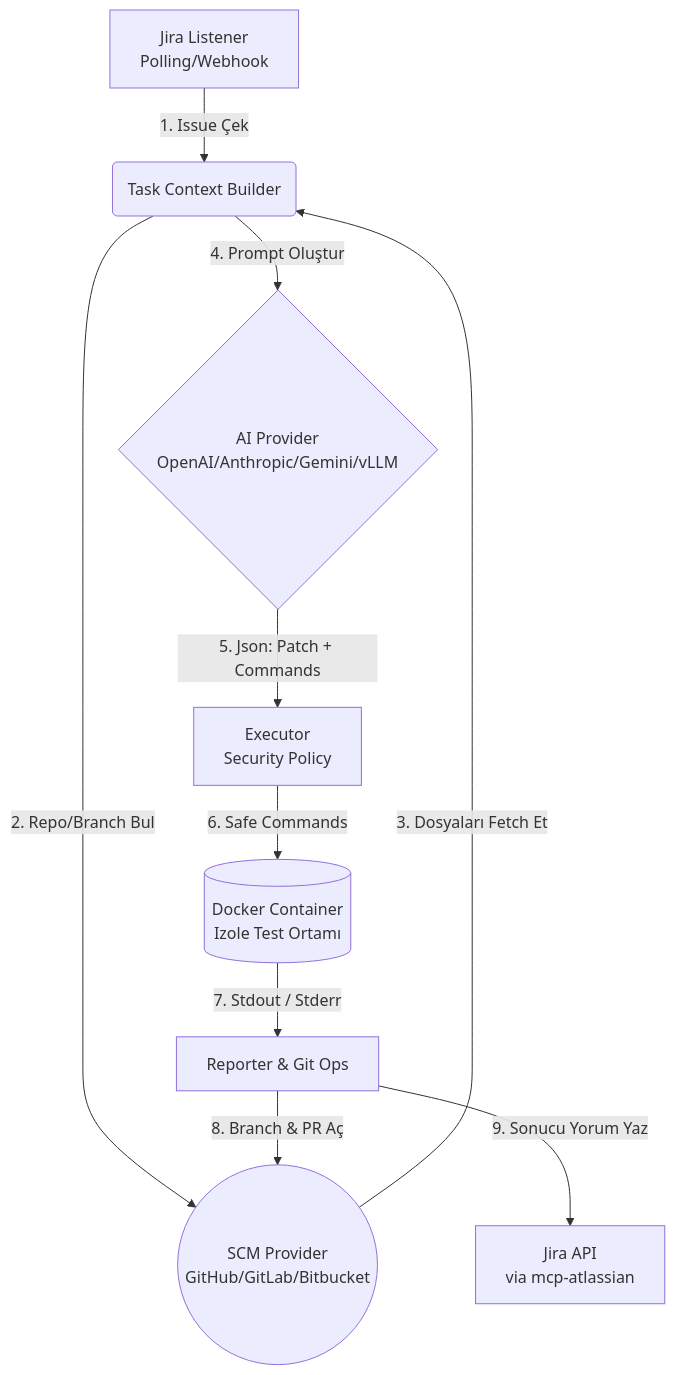
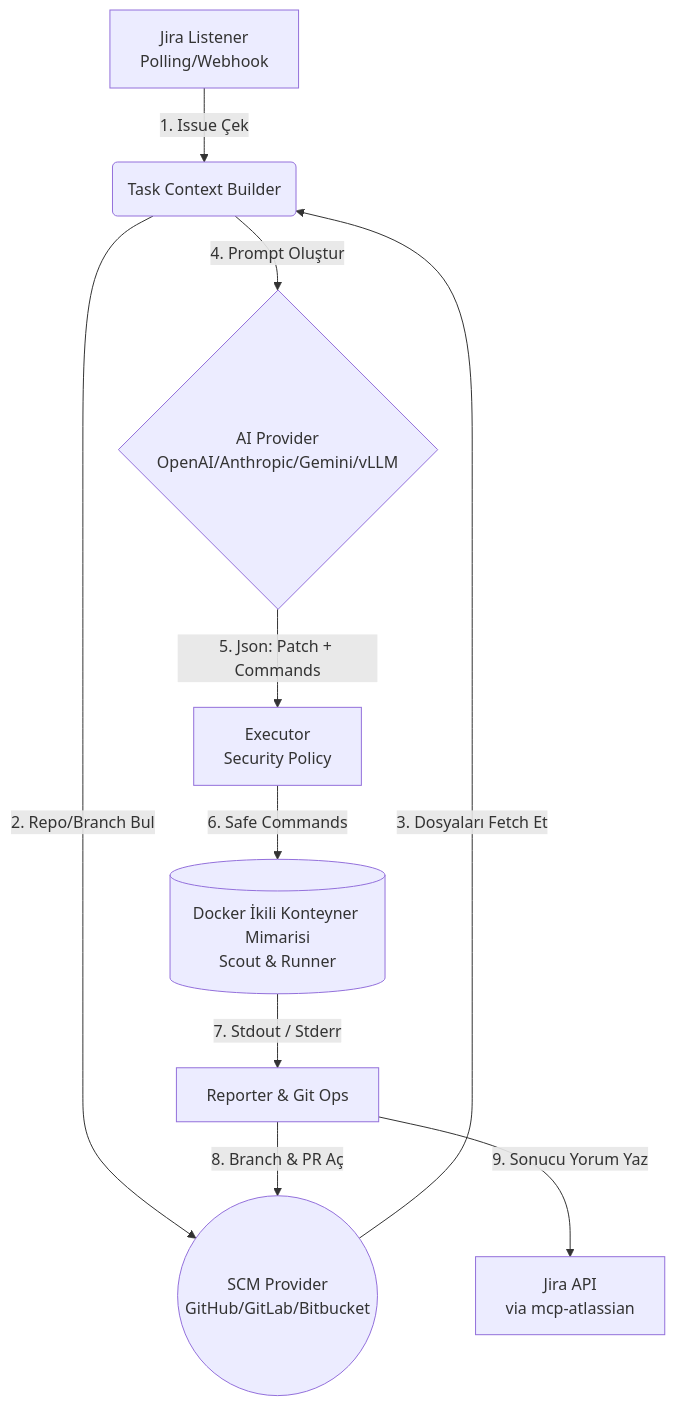
The diagram in README.md (ahmetguness/mcp-jira-automation), drawn with Mermaid before and after one commit. The commit also changed other lines of this file and 5 other files, not shown here.

Commit message:
feat: Implement a new Docker-based isolated executor with a two-container architecture.

````diff
--- a/README.md
+++ b/README.md
@@ -11,12 +13,12 @@
 ```mermaid
 graph TD
     A[Jira Listener<br/>Polling/Webhook] -->|1. Issue Çek| B(Task Context Builder)
     B -->|2. Repo/Branch Bul| C((SCM Provider<br/>GitHub/GitLab/Bitbucket))
     C -->|3. Dosyaları Fetch Et| B
     B -->|4. Prompt Oluştur| D{AI Provider<br/>OpenAI/Anthropic/Gemini/vLLM}
     D -->|5. Json: Patch + Commands| E[Executor<br/>Security Policy]
-    E -->|6. Safe Commands| F[(Docker Container<br/>Izole Test Ortamı)]
+    E -->|6. Safe Commands| F[(Docker İkili Konteyner Mimarisi<br/>Scout & Runner)]
     F -->|7. Stdout / Stderr| G[Reporter & Git Ops]
     G -->|8. Branch & PR Aç| C
     G -->|9. Sonucu Yorum Yaz| H[Jira API<br/>via mcp-atlassian]
 ```
````
